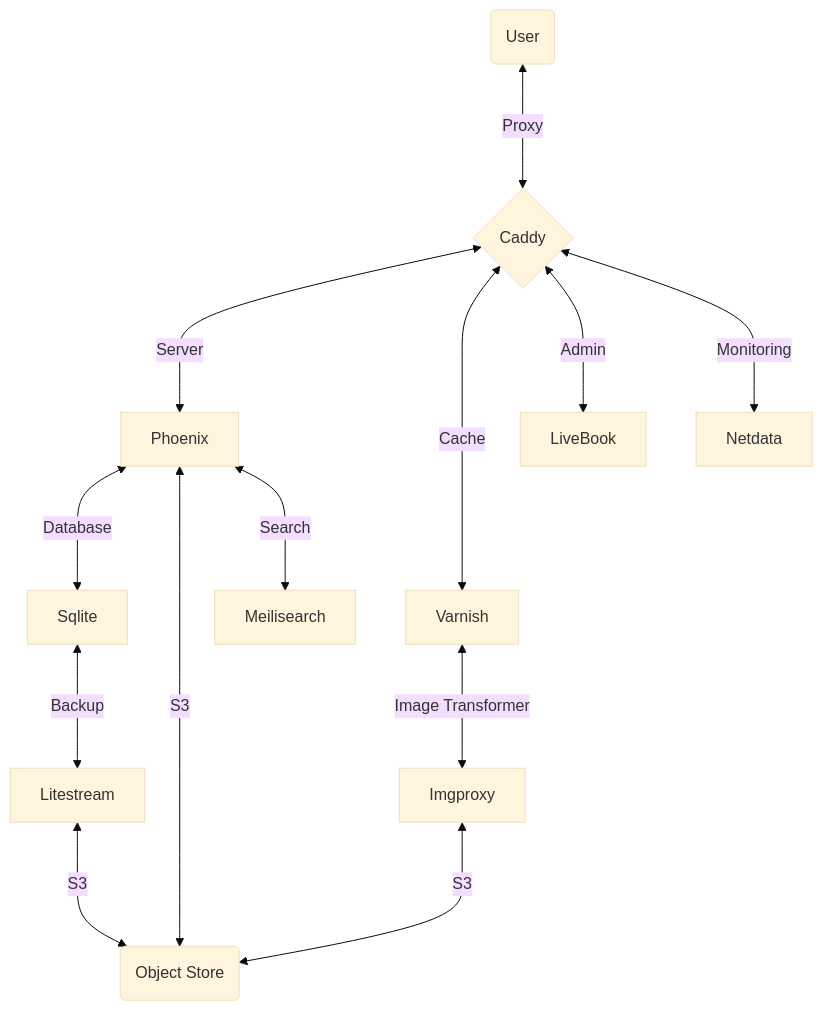
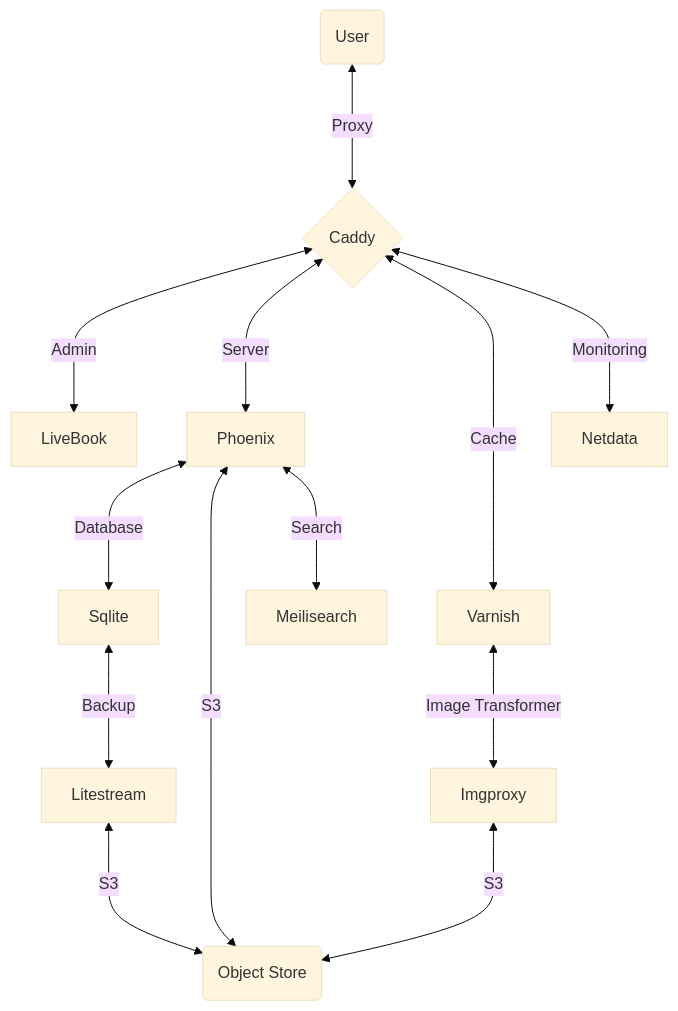
Before and after one commit to derpycoder/derpy_tools: the diagram in README.md, drawn with Mermaid (base theme). The commit also changed 1 other file, not shown here.

Commit message:
Architecture refactored

````diff
--- a/README.md
+++ b/README.md
@@ -36,21 +36,22 @@
 ```mermaid
 graph TD
+
+C{Caddy} <---> |Admin| LiveBook
 
 U(User) <---> |Proxy| C{Caddy}
 C{Caddy} <---> |Server| Phoenix
 
 Phoenix <---> |Database| Sqlite
 Phoenix <---> |S3| S3(Object Store)
 
 Phoenix <---> |Search| Meilisearch
 
 C{Caddy} <---> |Cache| Varnish
 Varnish <---> |Image Transformer| Imgproxy
 Imgproxy <---> |S3| S3(Object Store)
 
 Sqlite <---> |Backup| Litestream
 Litestream <---> |S3| S3(Object Store)
 
-C{Caddy} <---> |Admin| LiveBook
 C{Caddy} <---> |Monitoring| Netdata
 ```
````
